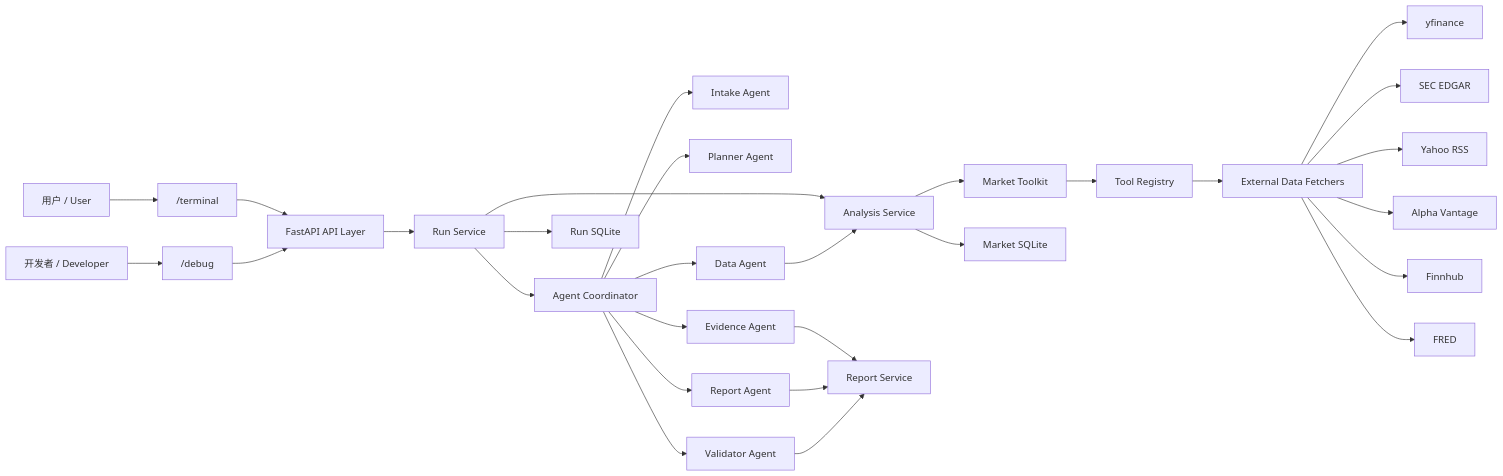
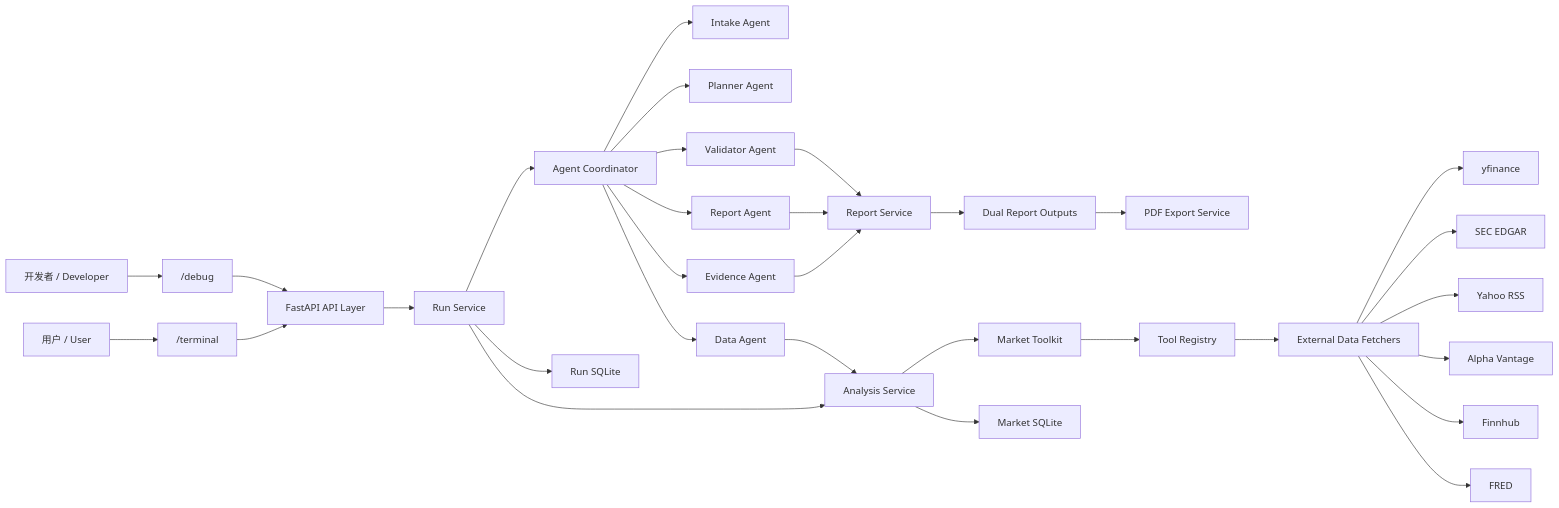
Before and after one commit to kevin32kouyu-lab/kevin-financial-agent: the first of 2 diagrams in README.md, drawn with Mermaid. The commit also changed other lines of this file and 15 other files, not shown here.

````diff
--- a/README.md
+++ b/README.md
@@ -222,34 +224,36 @@
 ```mermaid
 flowchart LR
     U["用户 / User"] --> T["/terminal"]
     D["开发者 / Developer"] --> G["/debug"]
     T --> API["FastAPI API Layer"]
     G --> API
 
     API --> RUN["Run Service"]
     RUN --> COORD["Agent Coordinator"]
     COORD --> INTAKE["Intake Agent"]
     COORD --> PLAN["Planner Agent"]
     COORD --> DATAAGENT["Data Agent"]
     COORD --> EVIDENCE["Evidence Agent"]
     COORD --> REPORTAGENT["Report Agent"]
     COORD --> VALIDATOR["Validator Agent"]
     RUN --> ANALYSIS["Analysis Service"]
     DATAAGENT --> ANALYSIS
     EVIDENCE --> REPORT["Report Service"]
     REPORTAGENT --> REPORT
     VALIDATOR --> REPORT
+    REPORT --> OUTPUTS["Dual Report Outputs"]
+    OUTPUTS --> PDF["PDF Export Service"]
     ANALYSIS --> TOOLKIT["Market Toolkit"]
     TOOLKIT --> REGISTRY["Tool Registry"]
 
     REGISTRY --> FETCH["External Data Fetchers"]
     FETCH --> YF["yfinance"]
     FETCH --> SEC["SEC EDGAR"]
     FETCH --> RSS["Yahoo RSS"]
     FETCH --> AV["Alpha Vantage"]
     FETCH --> FH["Finnhub"]
     FETCH --> FRED["FRED"]
 
     RUN --> RUNDB["Run SQLite"]
     ANALYSIS --> MARKETDB["Market SQLite"]
 ```
````
